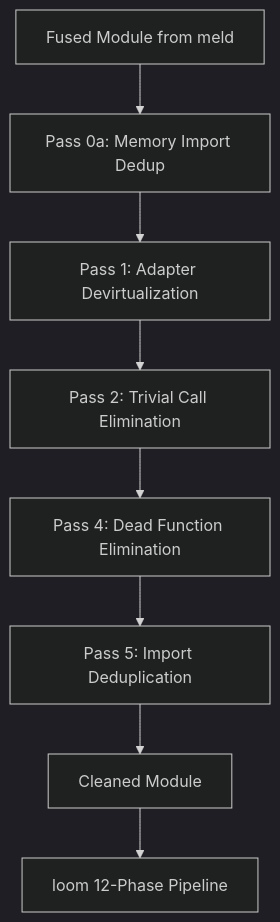
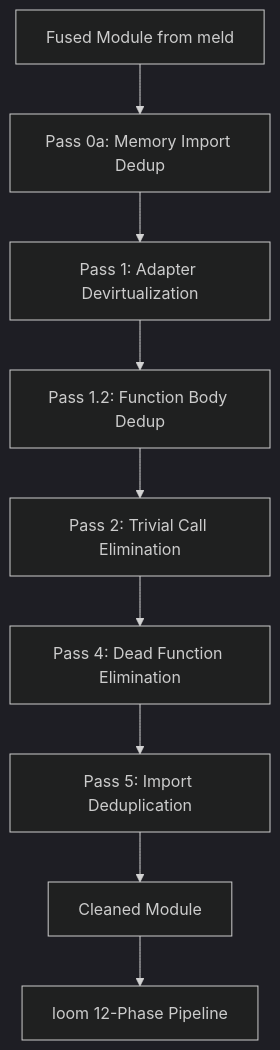
Before and after one commit to pulseengine/loom: the fifth of 8 diagrams in docs/design/fused-component-optimization.md, drawn with Mermaid (dark theme). The commit also changed other lines of this file and 8 other files, not shown here.

````diff
--- a/docs/design/fused-component-optimization.md
+++ b/docs/design/fused-component-optimization.md
@@ -126,10 +126,11 @@
 ```mermaid
 flowchart TD
     Input[Fused Module from meld] --> P0a
     P0a["Pass 0a: Memory Import Dedup"] --> P1
-    P1["Pass 1: Adapter Devirtualization"] --> P2
+    P1["Pass 1: Adapter Devirtualization"] --> P12
+    P12["Pass 1.2: Function Body Dedup"] --> P2
     P2["Pass 2: Trivial Call Elimination"] --> P4
     P4["Pass 4: Dead Function Elimination"] --> P5
     P5["Pass 5: Import Deduplication"] --> Output
     Output[Cleaned Module] --> Standard["loom 12-Phase Pipeline"]
 ```
````
